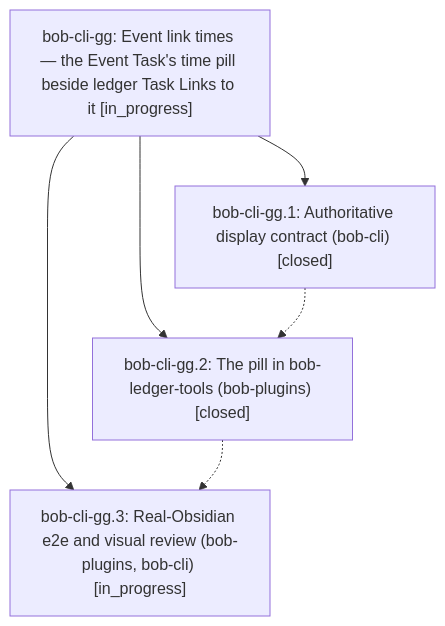
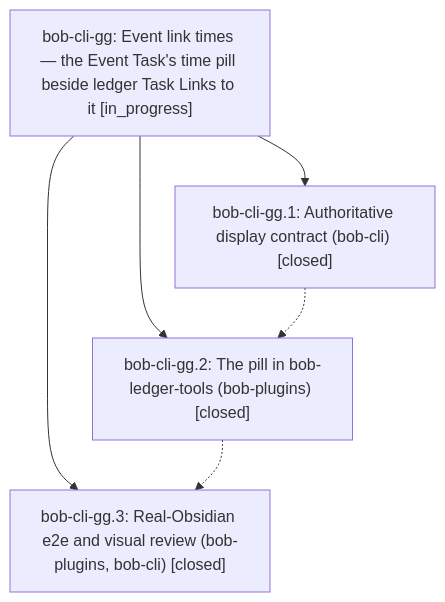
Before and after one commit to bobs-org/bob-cli--beads: the diagram in pages/bob-cli-gg/README.md, drawn with Mermaid. The commit also changed other lines of this file and 2 other files, not shown here.

First line of the commit message:
chore(beads): sync bead state and pages for bob-cli-gg

````diff
--- a/pages/bob-cli-gg/README.md
+++ b/pages/bob-cli-gg/README.md
@@ -56,12 +58,12 @@
 ```mermaid
 flowchart TD
     n0["bob-cli-gg: Event link times — the Event Task's time pill beside ledger Task Links to it [in_progress]"]
     n1["bob-cli-gg.1: Authoritative display contract (bob-cli) [closed]"]
     n2["bob-cli-gg.2: The pill in bob-ledger-tools (bob-plugins) [closed]"]
-    n3["bob-cli-gg.3: Real-Obsidian e2e and visual review (bob-plugins, bob-cli) [in_progress]"]
+    n3["bob-cli-gg.3: Real-Obsidian e2e and visual review (bob-plugins, bob-cli) [closed]"]
     n0 --> n1
     n0 --> n2
     n0 --> n3
     n1 -.-> n2
     n2 -.-> n3
 ```
````
